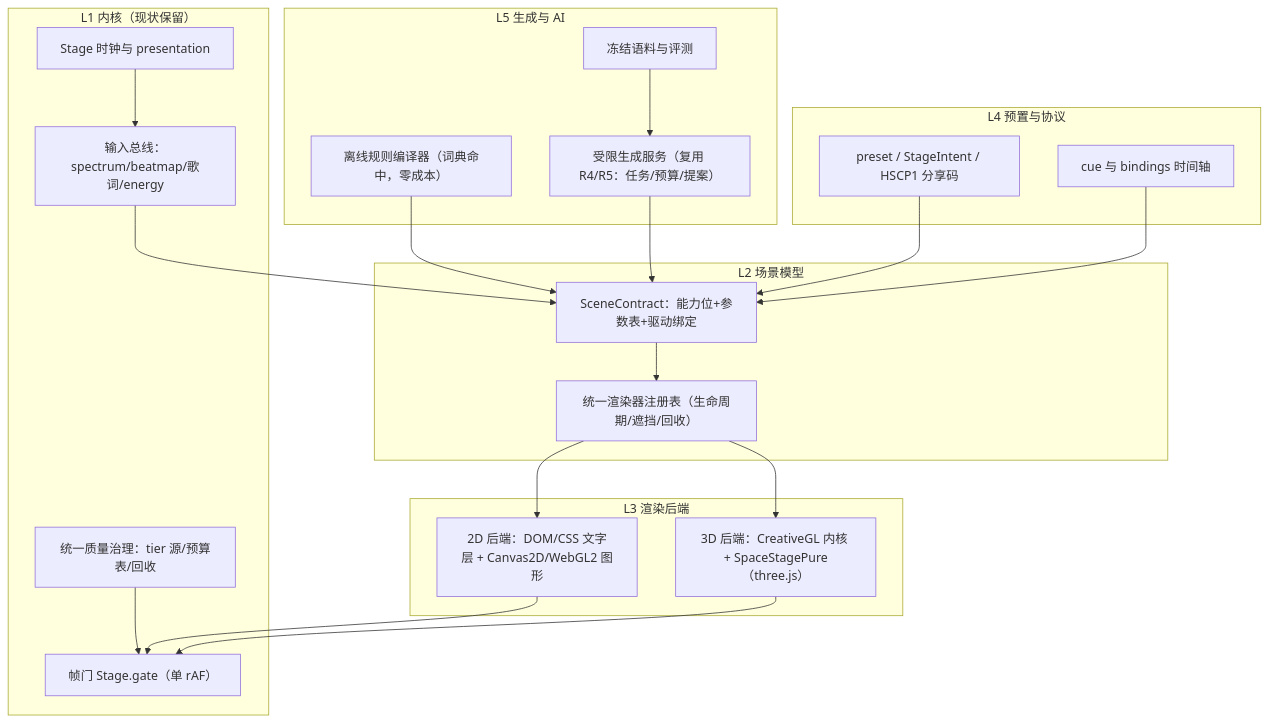
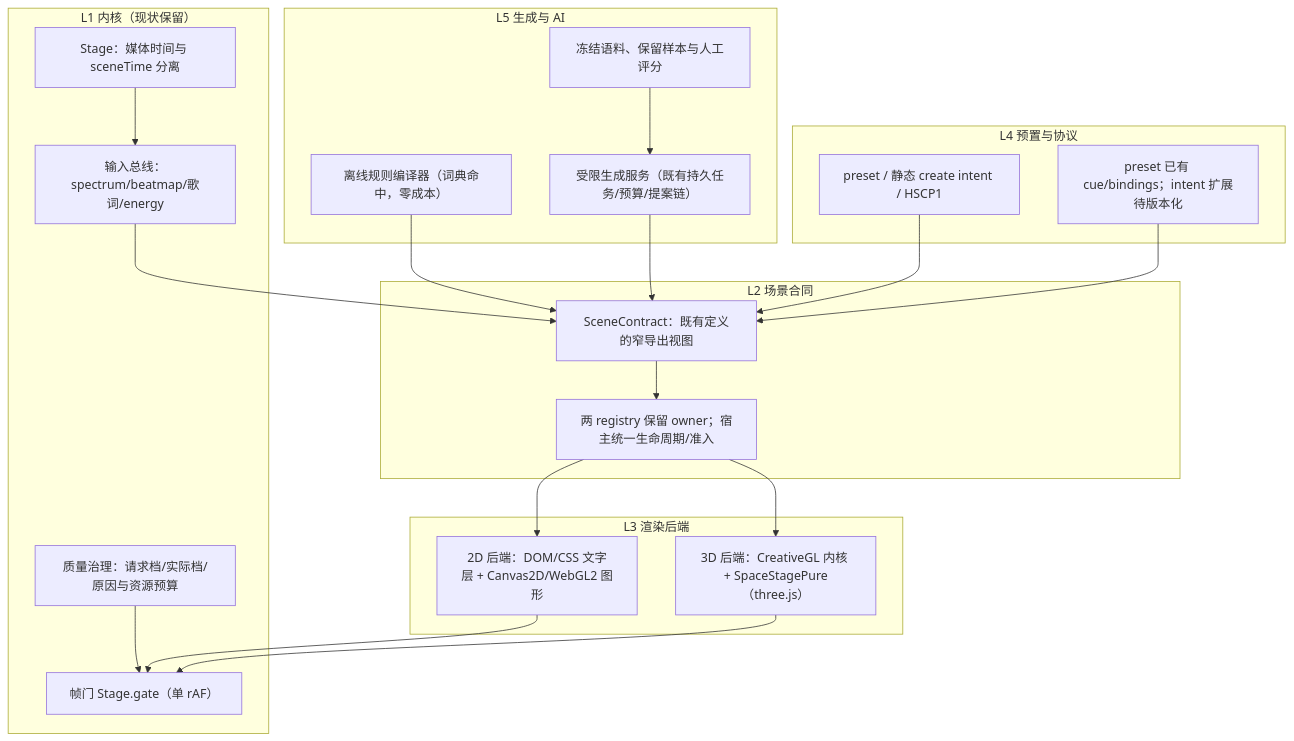
Before and after one commit to onceMisery/hertz-studio: the first of 2 diagrams in docs/stage-engine-feasibility.md, drawn with Mermaid. The commit also changed other lines of this file and 81 other files, not shown here.

````diff
--- a/docs/stage-engine-feasibility.md
+++ b/docs/stage-engine-feasibility.md
@@ -56,39 +56,39 @@
 ```mermaid
 flowchart TD
   subgraph L5["L5 生成与 AI"]
     RULE["离线规则编译器（词典命中，零成本）"]
-    AI["受限生成服务（复用 R4/R5：任务/预算/提案）"]
-    EVAL["冻结语料与评测"]
+    AI["受限生成服务（既有持久任务/预算/提案链）"]
+    EVAL["冻结语料、保留样本与人工评分"]
   end
   subgraph L4["L4 预置与协议"]
-    PRESET["preset / StageIntent / HSCP1 分享码"]
-    CUE["cue 与 bindings 时间轴"]
+    PRESET["preset / 静态 create intent / HSCP1"]
+    CUE["preset 已有 cue/bindings；intent 扩展待版本化"]
   end
-  subgraph L2["L2 场景模型"]
-    SC["SceneContract：能力位+参数表+驱动绑定"]
-    REG["统一渲染器注册表（生命周期/遮挡/回收）"]
+  subgraph L2["L2 场景合同"]
+    SC["SceneContract：既有定义的窄导出视图"]
+    REG["两 registry 保留 owner；宿主统一生命周期/准入"]
   end
   subgraph L3["L3 渲染后端"]
     B2D["2D 后端：DOM/CSS 文字层 + Canvas2D/WebGL2 图形"]
     B3D["3D 后端：CreativeGL 内核 + SpaceStagePure（three.js）"]
   end
   subgraph L1["L1 内核（现状保留）"]
-    CLK["Stage 时钟与 presentation"]
+    CLK["Stage：媒体时间与 sceneTime 分离"]
     GATE["帧门 Stage.gate（单 rAF）"]
-    Q["统一质量治理：tier 源/预算表/回收"]
+    Q["质量治理：请求档/实际档/原因与资源预算"]
     IN["输入总线：spectrum/beatmap/歌词/energy"]
   end
   RULE --> SC
   AI --> SC
   EVAL --> AI
   PRESET --> SC
   CUE --> SC
   SC --> REG
   REG --> B2D
   REG --> B3D
   IN --> SC
   CLK --> IN
   Q --> GATE
   B2D --> GATE
   B3D --> GATE
 ```
````
